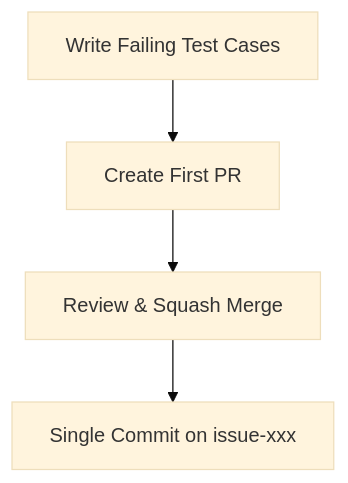
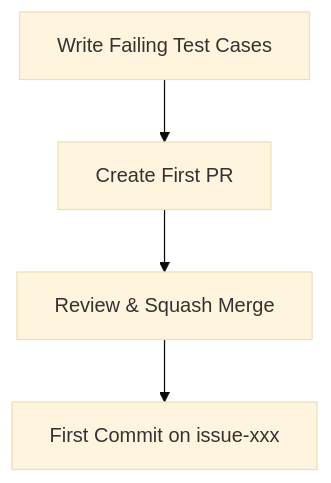
Before and after one commit to kartikg33/3CommitMethod: the third of 5 diagrams in README.md, drawn with Mermaid (base theme). The commit also changed other lines of this file, not shown here.

````diff
--- a/README.md
+++ b/README.md
@@ -28,6 +68,6 @@
    ```mermaid
    graph TD;
        D[Write Failing Test Cases] --> E[Create First PR];
        E --> F[Review & Squash Merge];
-       F --> G[Single Commit on issue-xxx];
+       F --> G[First Commit on issue-xxx];
    ```
````
